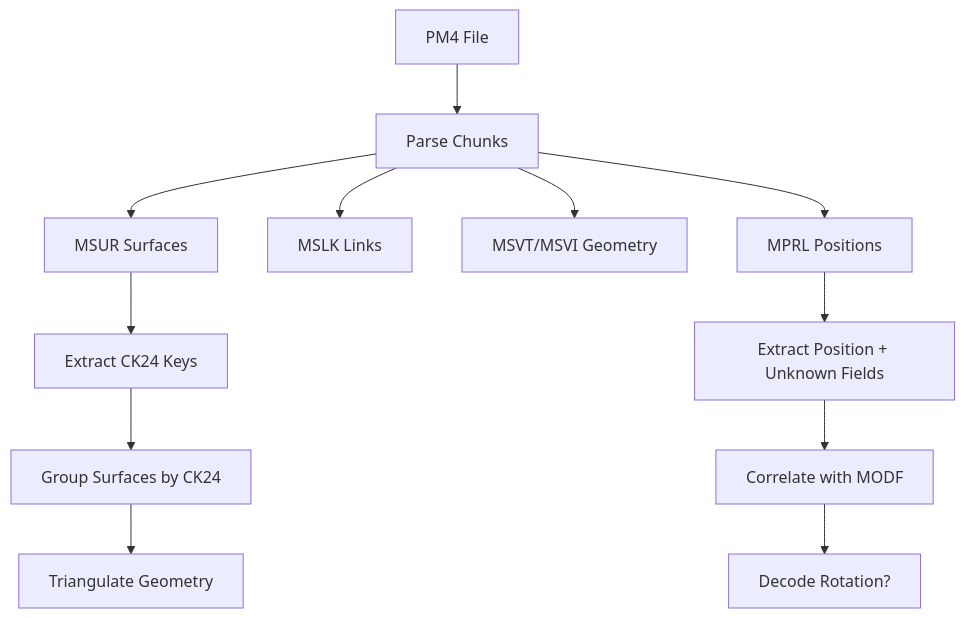
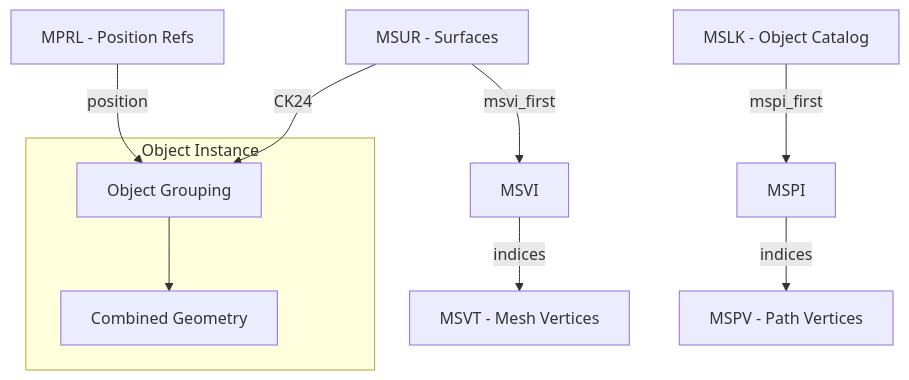
Before and after one commit to akspa0/parp-tools: the diagram in gillijimproject_refactor/WoWRollback/docs/PM4-Format-Specification.md, drawn with Mermaid. The commit also changed other lines of this file and 1 other file, not shown here.

````diff
--- a/gillijimproject_refactor/WoWRollback/docs/PM4-Format-Specification.md
+++ b/gillijimproject_refactor/WoWRollback/docs/PM4-Format-Specification.md
@@ -187,16 +171,15 @@
 ```mermaid
 graph TD
-    A[PM4 File] --> B[Parse Chunks]
-    B --> C[MSUR Surfaces]
-    B --> D[MSLK Links]
-    B --> E[MSVT/MSVI Geometry]
-    B --> F[MPRL Positions]
+    MSLK[MSLK - Object Catalog] -->|mspi_first| MSPI
+    MSPI -->|indices| MSPV[MSPV - Path Vertices]
     
-    C --> G[Extract CK24 Keys]
-    G --> H[Group Surfaces by CK24]
-    H --> I[Triangulate Geometry]
+    MSUR[MSUR - Surfaces] -->|msvi_first| MSVI
+    MSVI -->|indices| MSVT[MSVT - Mesh Vertices]
     
-    F --> J[Extract Position + Unknown Fields]
-    J --> K[Correlate with MODF]
-    K --> L[Decode Rotation?]
+    MSUR -->|CK24| OBJ[Object Grouping]
+    MPRL[MPRL - Position Refs] -->|position| OBJ
+    
+    subgraph "Object Instance"
+        OBJ --> GEOMETRY[Combined Geometry]
+    end
 ```
````
